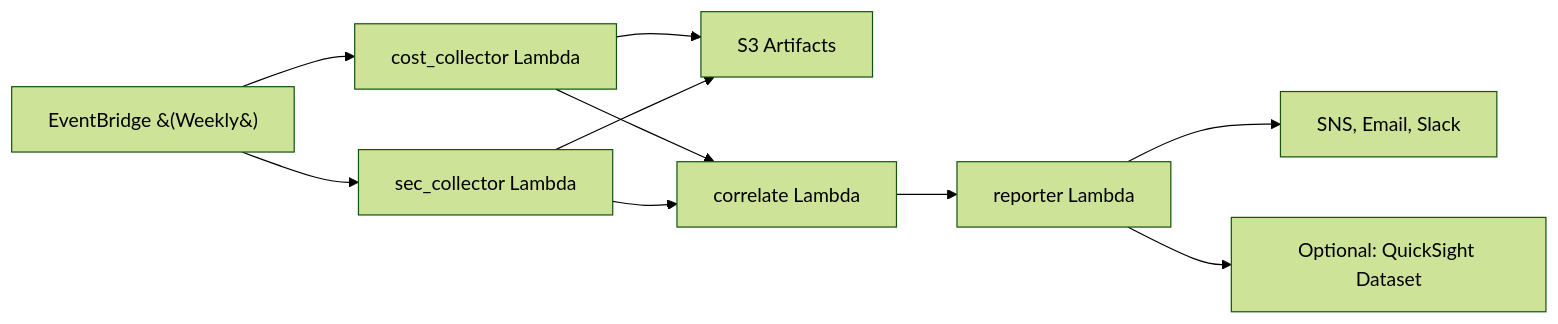
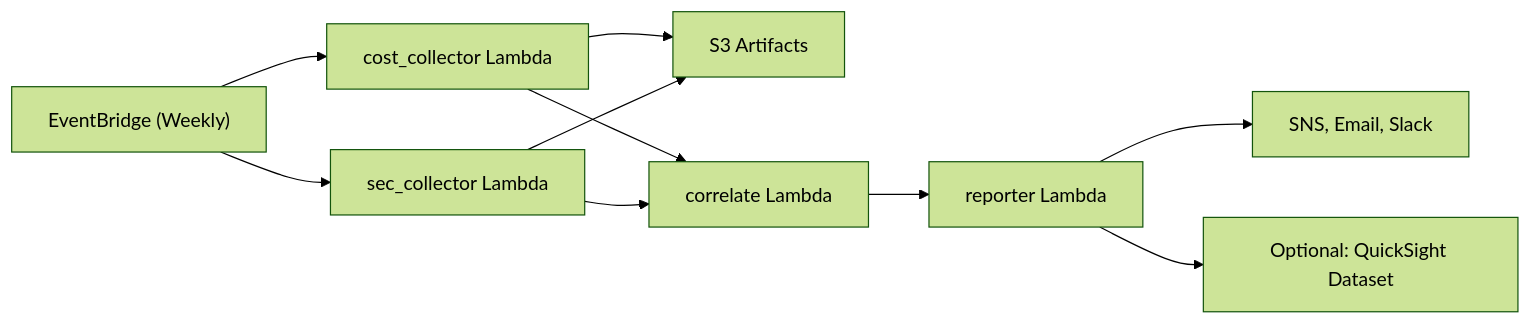
The diagram in README.md (jijae92/CostSecurity), drawn with Mermaid (forest theme) before and after one commit.

````diff
--- a/README.md
+++ b/README.md
@@ -131,13 +131,14 @@
 ```mermaid
 flowchart LR
-  EVB[EventBridge &#40;Weekly&#41;] --> Cost[cost_collector Lambda]
+  EVB[EventBridge #40;Weekly#41;] --> Cost[cost_collector Lambda]
   EVB --> Sec[sec_collector Lambda]
   Cost --> S3[S3 Artifacts]
   Sec --> S3
   Cost --> Corr[correlate Lambda]
   Sec --> Corr
   Corr --> Rep[reporter Lambda]
   Rep --> SNS[SNS, Email, Slack]
   Rep --> QS[Optional: QuickSight Dataset]
 
+
 ```
````
